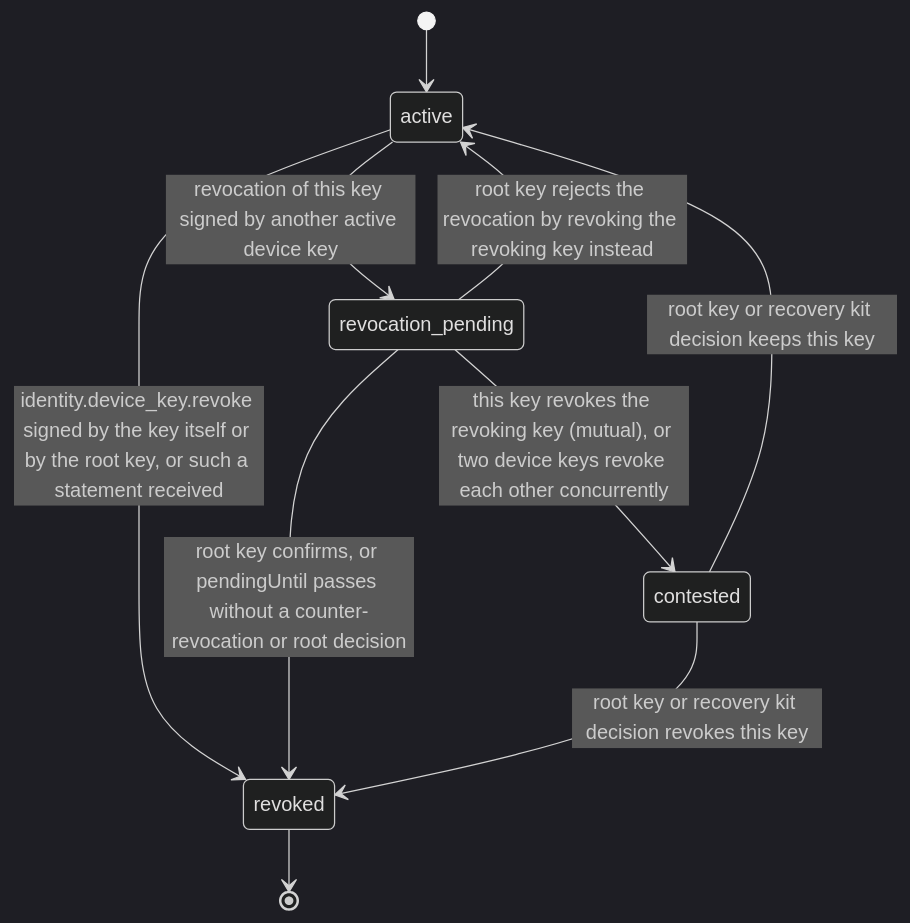
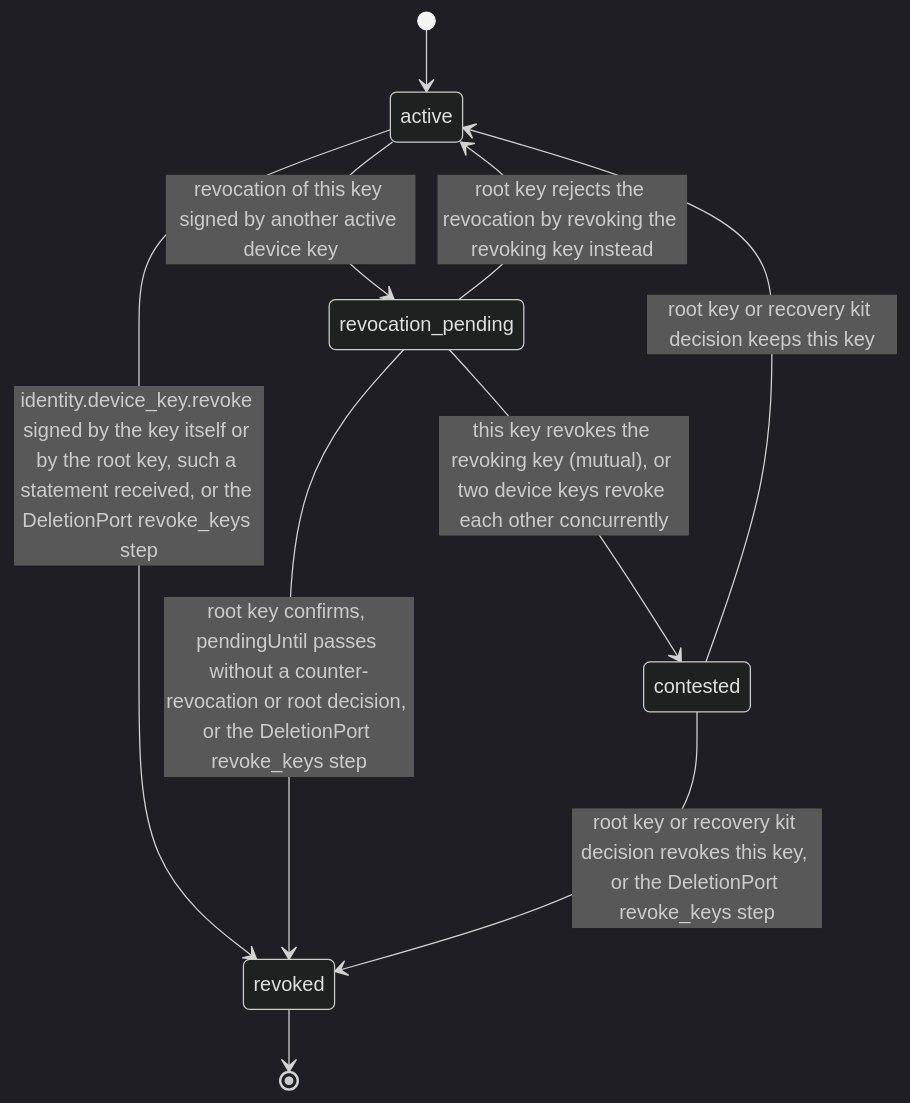
The second of 3 diagrams in 07_Identity/01_accounts/mod_pseudonyms/workflow_state_machine.md (djshellshoxxx/CLASSifiedisRUPTed), drawn with Mermaid (dark theme) before and after one commit. The commit also changed other lines of this file and 141 other files, not shown here.

````diff
--- a/07_Identity/01_accounts/mod_pseudonyms/workflow_state_machine.md
+++ b/07_Identity/01_accounts/mod_pseudonyms/workflow_state_machine.md
@@ -46,12 +46,12 @@
 ```mermaid
 stateDiagram-v2
   [*] --> active
-  active --> revoked: identity.device_key.revoke signed by the key itself or by the root key, or such a statement received
+  active --> revoked: identity.device_key.revoke signed by the key itself or by the root key, such a statement received, or the DeletionPort revoke_keys step
   active --> revocation_pending: revocation of this key signed by another active device key
-  revocation_pending --> revoked: root key confirms, or pendingUntil passes without a counter-revocation or root decision
+  revocation_pending --> revoked: root key confirms, pendingUntil passes without a counter-revocation or root decision, or the DeletionPort revoke_keys step
   revocation_pending --> active: root key rejects the revocation by revoking the revoking key instead
   revocation_pending --> contested: this key revokes the revoking key (mutual), or two device keys revoke each other concurrently
-  contested --> revoked: root key or recovery kit decision revokes this key
+  contested --> revoked: root key or recovery kit decision revokes this key, or the DeletionPort revoke_keys step
   contested --> active: root key or recovery kit decision keeps this key
   revoked --> [*]
 ```
````
